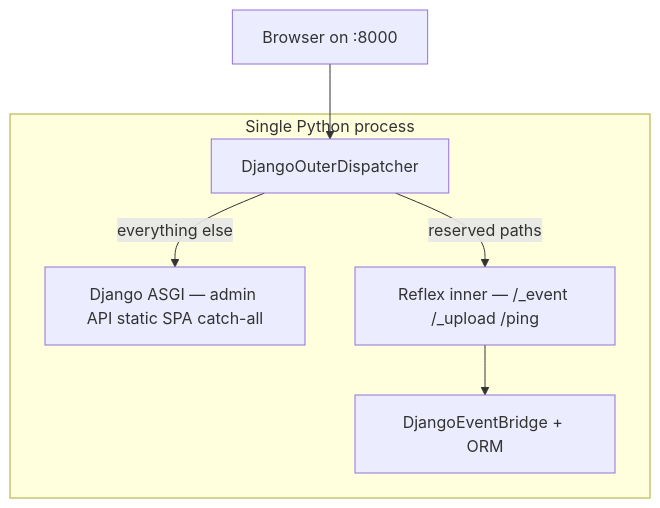
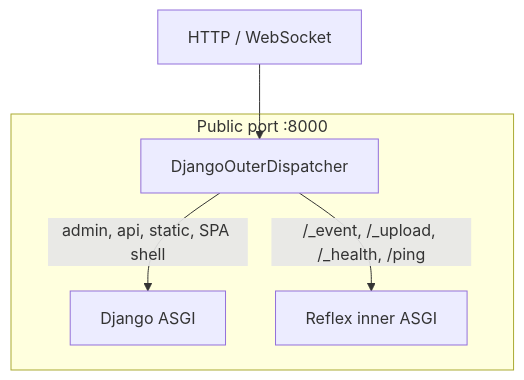
One commit to web7ai/reflex-django changed the first of 3 diagrams in docs/routing.md. Above: the diagram before and after it, drawn with Mermaid. The commit also changed other lines of this file and 65 other files, not shown here.

````diff
--- a/docs/routing.md
+++ b/docs/routing.md
@@ -131,16 +55,12 @@
 ```mermaid
 flowchart TB
-  Client[Browser on :8000]
-
-  subgraph OneProcess [Single Python process]
-    Dispatcher[DjangoOuterDispatcher]
-    Django[Django ASGI — admin API static SPA catch-all]
-    ReflexInner[Reflex inner — /_event /_upload /ping]
-    Bridge[DjangoEventBridge + ORM]
+  subgraph public ["Public port :8000"]
+    DOD["DjangoOuterDispatcher"]
+    DJ["Django ASGI"]
+    RX["Reflex inner ASGI"]
   end
 
-  Client --> Dispatcher
-  Dispatcher -->|reserved paths| ReflexInner
-  Dispatcher -->|everything else| Django
-  ReflexInner --> Bridge
+  REQ["HTTP / WebSocket"] --> DOD
+  DOD -->|"admin, api, static, SPA shell"| DJ
+  DOD -->|" /_event, /_upload, /_health, /ping "| RX
 ```
````
